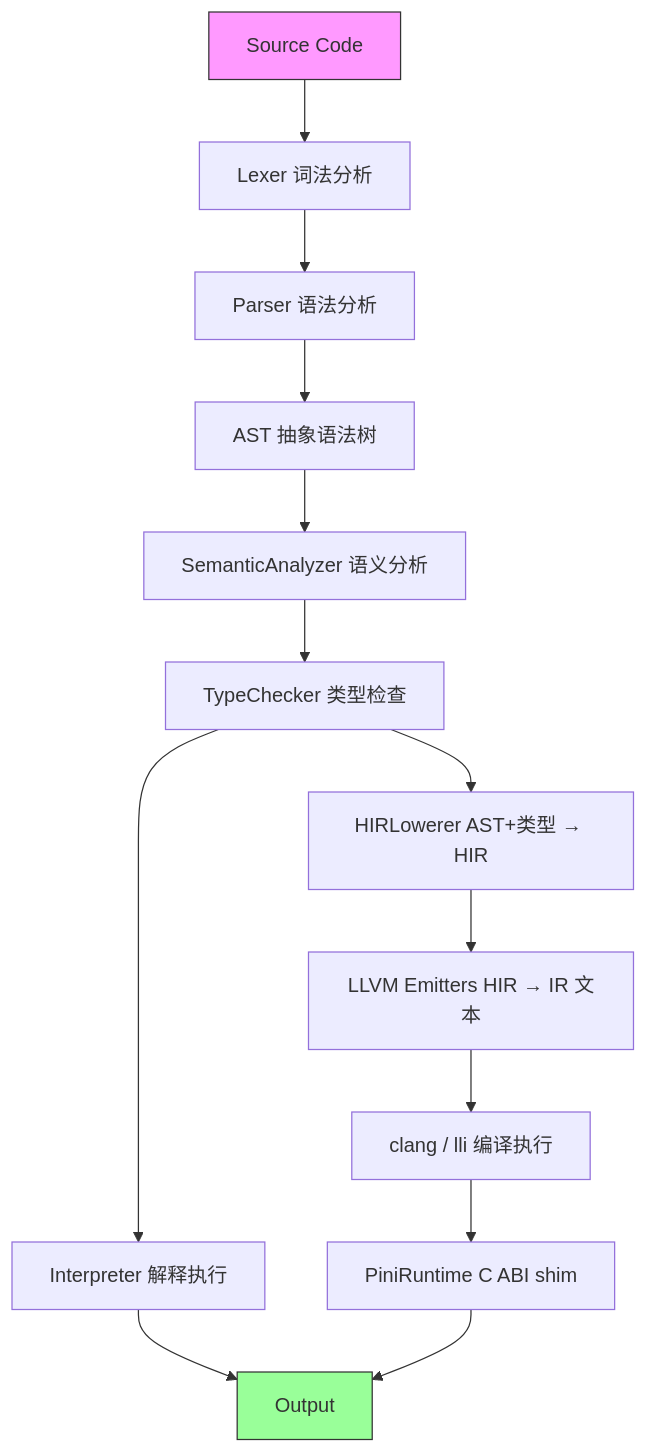
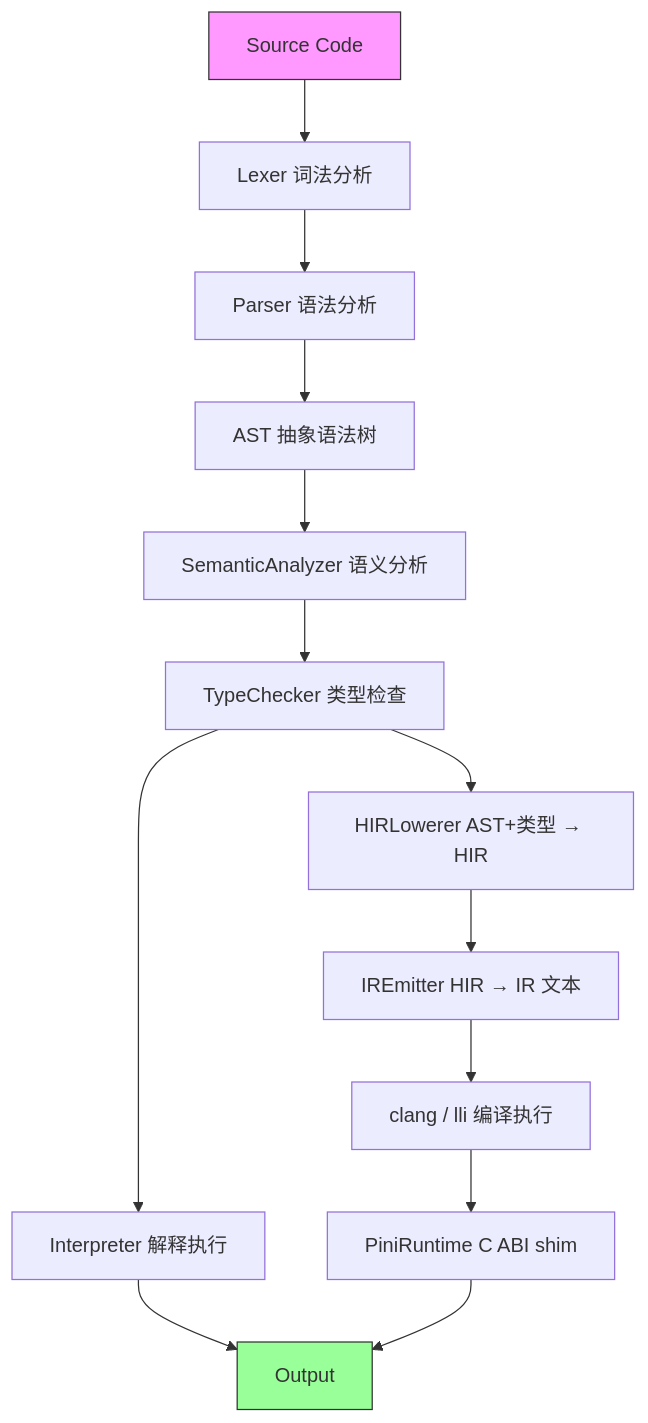
The diagram in README.md (pini-lang/pini-swift), drawn with Mermaid before and after one commit. The commit also changed other lines of this file and 27 other files, not shown here.

````diff
--- a/README.md
+++ b/README.md
@@ -249,19 +249,19 @@
 ```mermaid
 graph TD
     A[Source Code] --> B[Lexer 词法分析]
     B --> C[Parser 语法分析]
     C --> D[AST 抽象语法树]
     D --> E[SemanticAnalyzer 语义分析]
     E --> F[TypeChecker 类型检查]
     F --> G[Interpreter 解释执行]
     G --> H[Output]
 
     F --> HIR[HIRLowerer AST+类型 → HIR]
-    HIR --> I[LLVM Emitters HIR → IR 文本]
+    HIR --> I[IREmitter HIR → IR 文本]
     I --> J[clang / lli 编译执行]
     J --> K[PiniRuntime C ABI shim]
     K --> H
 
     style A fill:#f9f,stroke:#333
     style H fill:#9f9,stroke:#333
 ```
````
